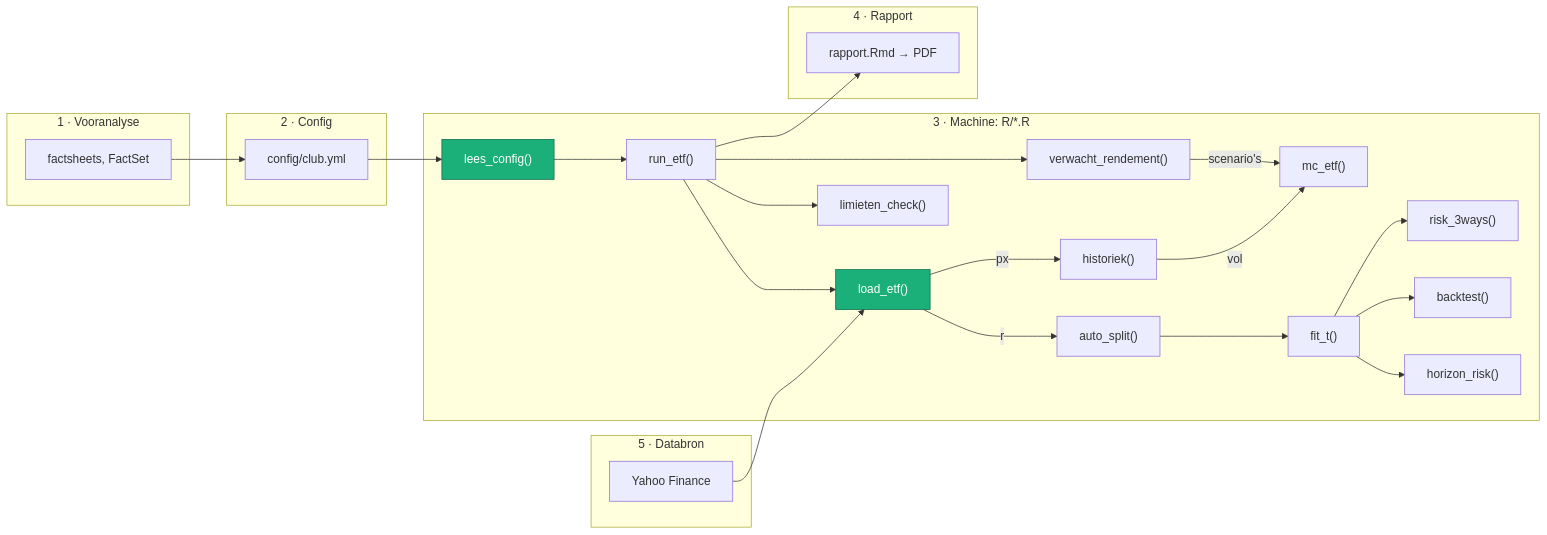
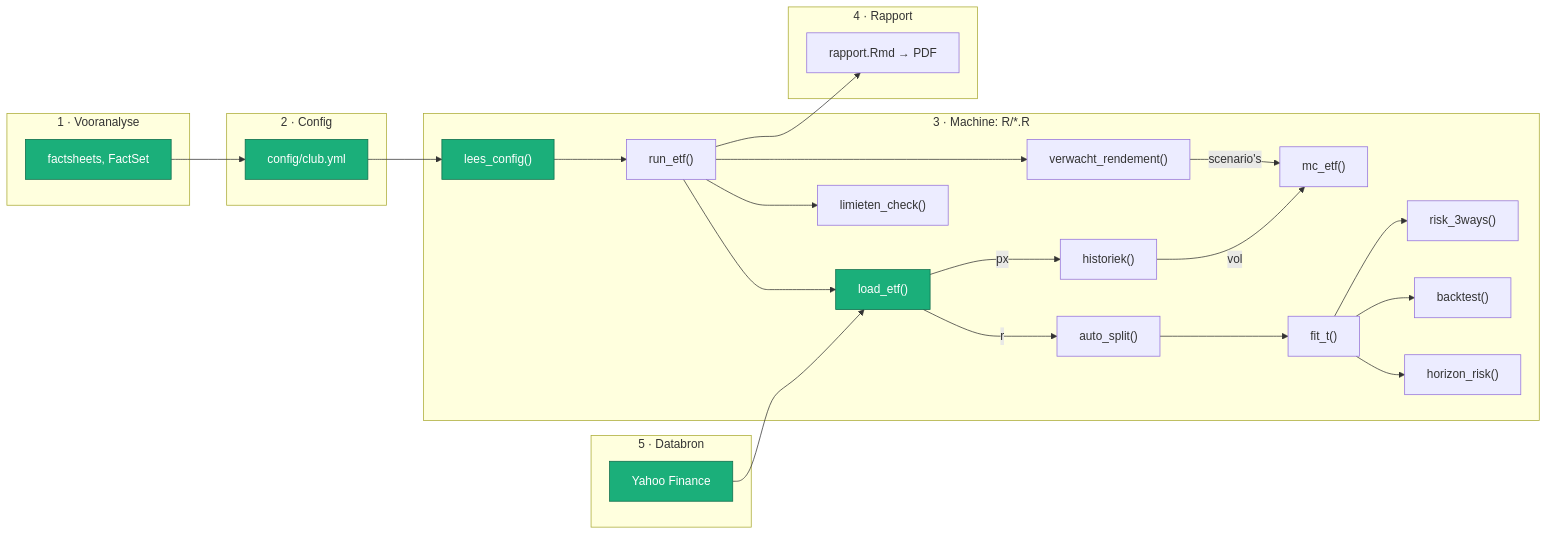
Before and after one commit to batistedecat/etf-model-1: the diagram in README.md, drawn with Mermaid.

Commit message:
more finished markers on diagram in green

````diff
--- a/README.md
+++ b/README.md
@@ -6,43 +6,43 @@
 ```mermaid
 flowchart LR
   subgraph A["1 · Vooranalyse"]
     S["factsheets, FactSet"]
   end
   subgraph B["2 · Config"]
     Y["config/club.yml"]
   end
   subgraph C["3 · Machine: R/*.R"]
     LC["lees_config()"]
     RE["run_etf()"]
     LE["load_etf()"]
     HI["historiek()"]
     VR["verwacht_rendement()"]
     MC["mc_etf()"]
     AS["auto_split()"]
     FT["fit_t()"]
     RK["risk_3ways()"]
     BT["backtest()"]
     HR["horizon_risk()"]
     LM["limieten_check()"]
   end
   subgraph D["4 · Rapport"]
     RP["rapport.Rmd → PDF"]
   end
   subgraph E["5 · Databron"]
     YH["Yahoo Finance"]
   end
   S --> Y --> LC --> RE
   RE --> LE
   LE -->|px| HI
   YH --> LE
   RE --> VR -->|scenario's| MC
   HI -->|vol| MC
   LE -->|r| AS --> FT
   FT --> RK
   FT --> BT
   FT --> HR
   RE --> LM
   RE --> RP
   classDef klaar fill:#1BAF7A,color:#fff,stroke:#0d6b4a
-  class LC,LE klaar
+  class LC,LE,YH,Y,S klaar
 ```
````
